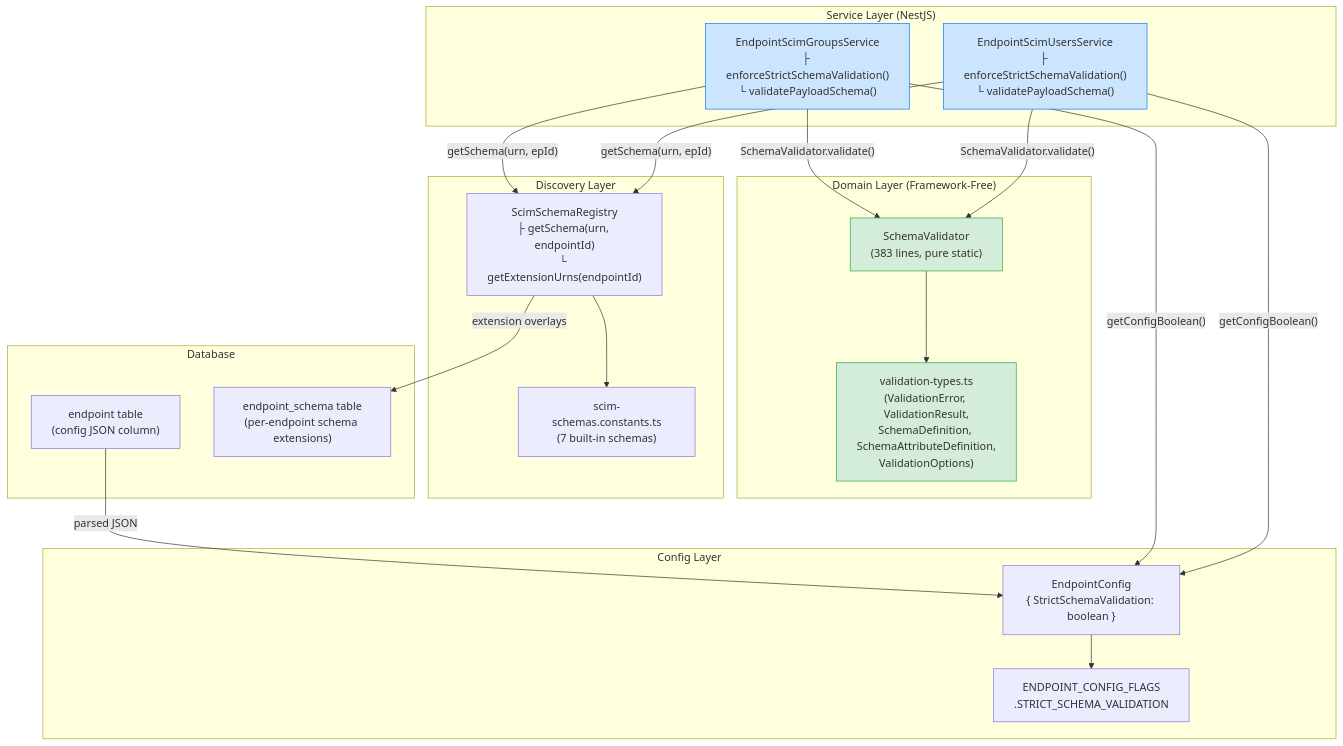
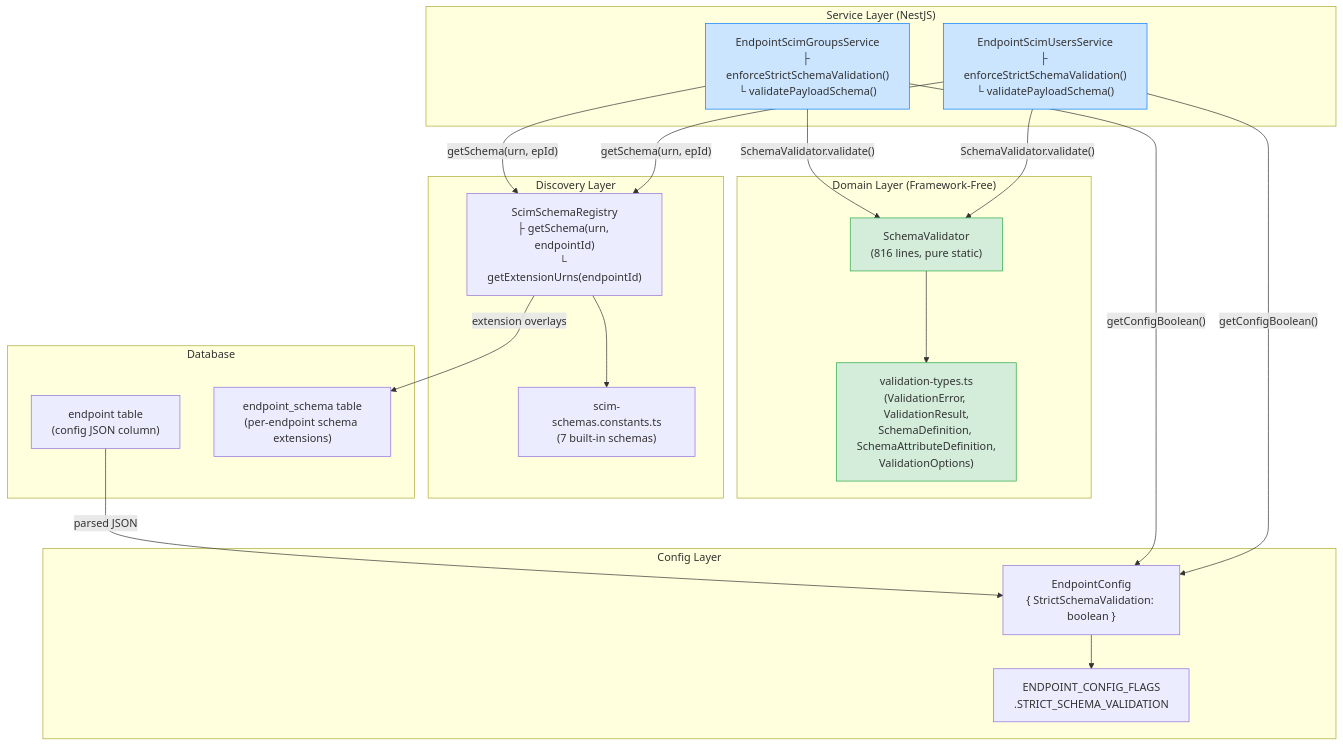
The first of 9 diagrams in docs/PHASE_08_REMAINING_ANALYSIS.md (pranems/SCIMServer), drawn with Mermaid before and after one commit. The commit also changed other lines of this file and 14 other files, not shown here.

````diff
--- a/docs/PHASE_08_REMAINING_ANALYSIS.md
+++ b/docs/PHASE_08_REMAINING_ANALYSIS.md
@@ -89,40 +89,40 @@
 ```mermaid
 graph TB
     subgraph "Domain Layer (Framework-Free)"
-        SV["SchemaValidator<br/>(383 lines, pure static)"]
+        SV["SchemaValidator<br/>(816 lines, pure static)"]
         VT["validation-types.ts<br/>(ValidationError, ValidationResult,<br/>SchemaDefinition, SchemaAttributeDefinition,<br/>ValidationOptions)"]
     end
     subgraph "Service Layer (NestJS)"
         US["EndpointScimUsersService<br/>├ enforceStrictSchemaValidation()<br/>└ validatePayloadSchema()"]
         GS["EndpointScimGroupsService<br/>├ enforceStrictSchemaValidation()<br/>└ validatePayloadSchema()"]
     end
     subgraph "Discovery Layer"
         SR["ScimSchemaRegistry<br/>├ getSchema(urn, endpointId)<br/>└ getExtensionUrns(endpointId)"]
         SC["scim-schemas.constants.ts<br/>(7 built-in schemas)"]
     end
     subgraph "Config Layer"
         EC["EndpointConfig<br/>{ StrictSchemaValidation: boolean }"]
         EF["ENDPOINT_CONFIG_FLAGS<br/>.STRICT_SCHEMA_VALIDATION"]
     end
     subgraph "Database"
         EP["endpoint table<br/>(config JSON column)"]
         ES["endpoint_schema table<br/>(per-endpoint schema extensions)"]
     end
 
     US -->|"SchemaValidator.validate()"| SV
     GS -->|"SchemaValidator.validate()"| SV
     SV --> VT
     US -->|"getSchema(urn, epId)"| SR
     GS -->|"getSchema(urn, epId)"| SR
     SR --> SC
     SR -->|"extension overlays"| ES
     US -->|"getConfigBoolean()"| EC
     GS -->|"getConfigBoolean()"| EC
     EC --> EF
     EP -->|"parsed JSON"| EC
 
     style SV fill:#d4edda,stroke:#28a745,color:#333
     style VT fill:#d4edda,stroke:#28a745,color:#333
     style US fill:#cce5ff,stroke:#007bff,color:#333
     style GS fill:#cce5ff,stroke:#007bff,color:#333
 ```
````
